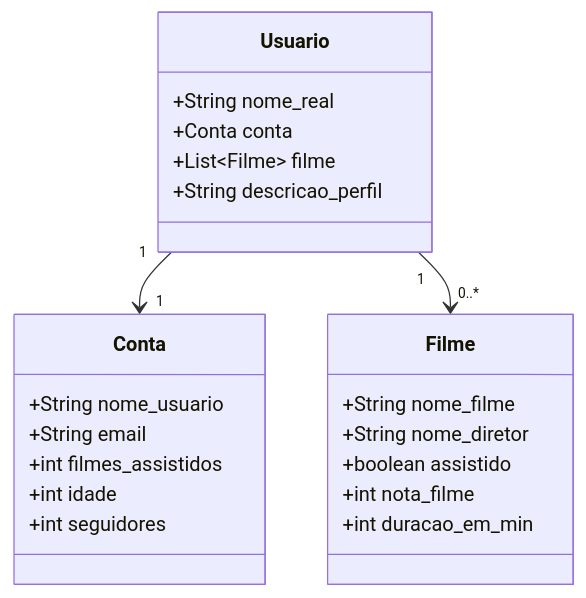
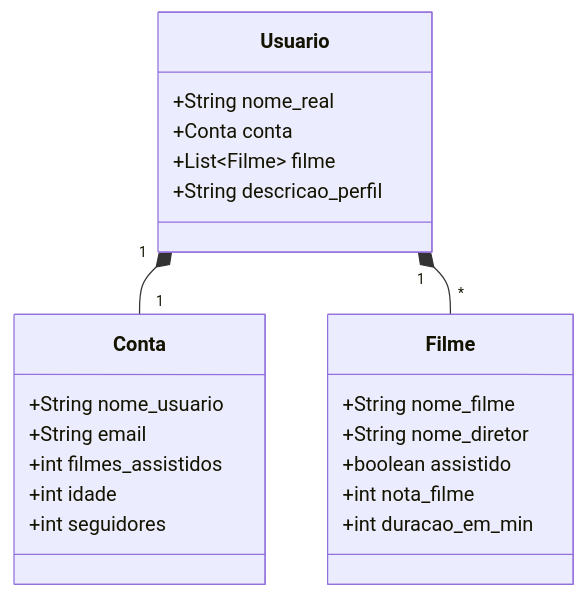
The diagram in README.md (henrique-zz/minha-api-dio-projeto), drawn with Mermaid before and after one commit.

````diff
--- a/README.md
+++ b/README.md
@@ -5,28 +5,28 @@
 ```mermaid
 classDiagram
     class Usuario {
         +String nome_real
         +Conta conta
         +List~Filme~ filme
         +String descricao_perfil
     }
 
     class Conta {
         +String nome_usuario
         +String email
         +int filmes_assistidos
         +int idade
         +int seguidores
     }
 
     class Filme {
         +String nome_filme
         +String nome_diretor
         +boolean assistido
         +int nota_filme
         +int duracao_em_min
     }
 
-    Usuario "1" --> "1" Conta
-    Usuario "1" --> "0..*" Filme
+    Usuario "1" *-- "1" Conta
+    Usuario "1" *-- "*" Filme
 ```
````
